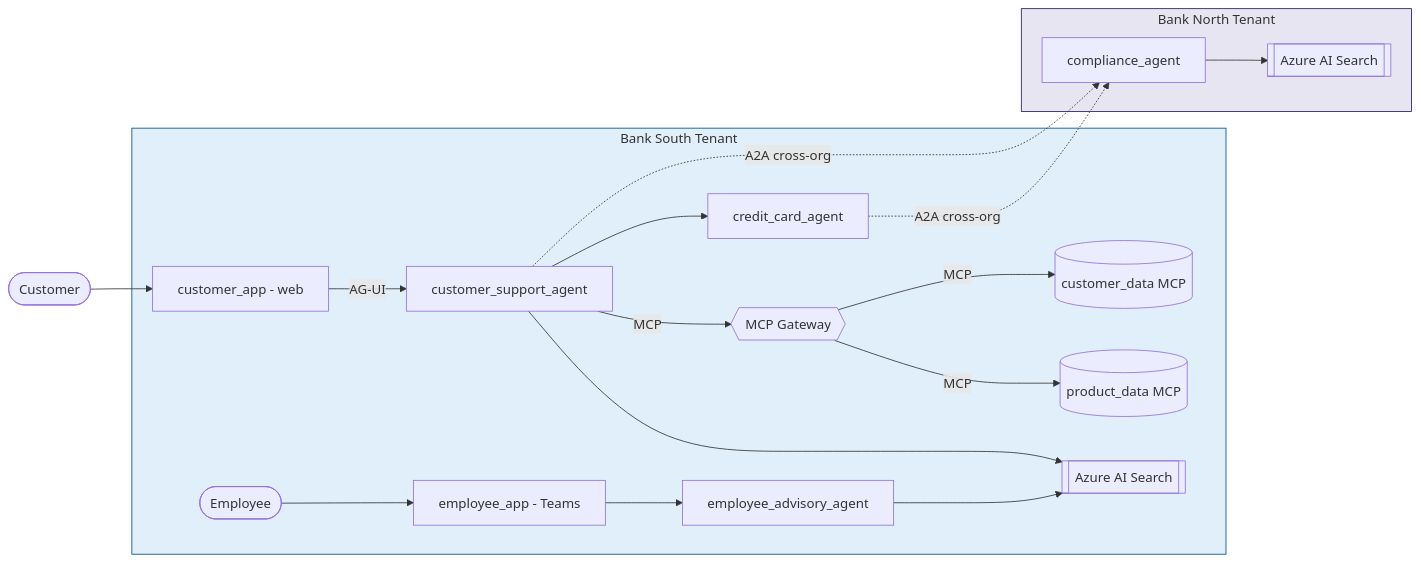
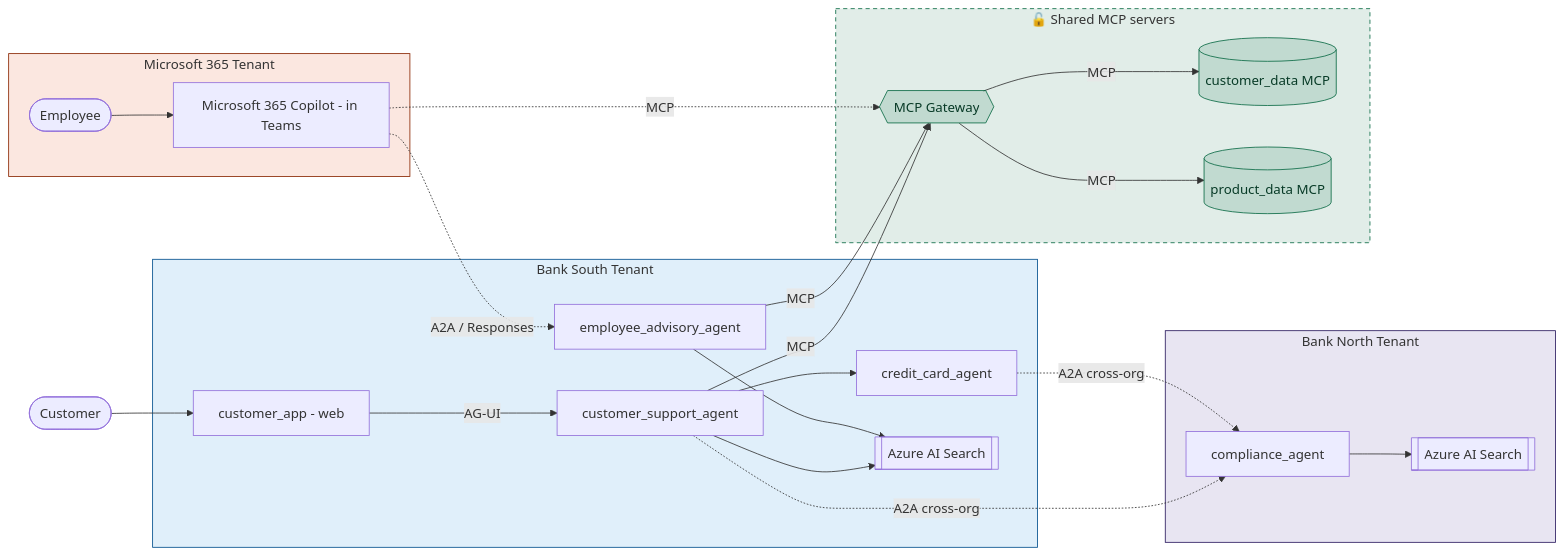
The diagram in README.md (denniszielke/agentic-banking-ecosystem), drawn with Mermaid before and after one commit. The commit also changed other lines of this file, not shown here.

Commit message:
docs(readme): combine at-a-glance diagram - keep MCP Gateway + per-tenant Search, add M365 Copilot tenant and shared MCP
Merges the two versions of the "Architecture at a glance" diagram into one:

Kept from the current diagram:
- MCP Gateway in front of the customer/product MCP servers
- AG-UI label on customer_app -> customer_support_agent
- a dedicated Azure AI Search per bank tenant

Added back:
- a third Microsoft 365 tenant with Microsoft 365 Copilot (in Teams) as the
  employee surface, reaching employee_advisory_agent over A2A/Responses
- the MCP servers shown as a shared layer (with the gateway) that M365 Copilot
  can also consume - "open to any MCP client"

Intro text updated to match (three tenants incl. Microsoft 365, shared MCP).

````diff
--- a/README.md
+++ b/README.md
@@ -31,29 +33,47 @@
 ```mermaid
 flowchart LR
     U([Customer]) --> WEB[customer_app - web]
 
+    subgraph M365["Microsoft 365 Tenant"]
+        E([Employee]) --> COP[Microsoft 365 Copilot - in Teams]
+    end
+
     subgraph South["Bank South Tenant"]
-        E([Employee]) --> TEAMS[employee_app - Teams]
         WEB -->|AG-UI| CSA[customer_support_agent]
-        TEAMS --> EAA[employee_advisory_agent]
         CSA --> CCA[credit_card_agent]
-        CSA -->|MCP| GW{{MCP Gateway}}
-        GW -->|MCP| CDATA[(customer_data MCP)]
-        GW -->|MCP| PDATA[(product_data MCP)]
+        EAA[employee_advisory_agent]
         SEARCH_S[[Azure AI Search]]
     end
 
     subgraph North["Bank North Tenant"]
         COMP[compliance_agent]
         SEARCH_N[[Azure AI Search]]
     end
 
+    subgraph SHARED["🔓 Shared MCP servers"]
+        GW{{MCP Gateway}}
+        CDATA[(customer_data MCP)]
+        PDATA[(product_data MCP)]
+    end
+
+    COP -. A2A / Responses .-> EAA
+    COP -. MCP .-> GW
+    CSA -->|MCP| GW
+    EAA -->|MCP| GW
+    GW -->|MCP| CDATA
+    GW -->|MCP| PDATA
+
     CSA -. A2A cross-org .-> COMP
     CCA -. A2A cross-org .-> COMP
     CSA --> SEARCH_S
     EAA --> SEARCH_S
     COMP --> SEARCH_N
 
+    style M365 fill:#D83B011F,stroke:#8a2600
     style South fill:#0078D41F,stroke:#004e8c
     style North fill:#4129911F,stroke:#2a1a5e
+    style SHARED fill:#0b6b461F,stroke:#0b6b46,stroke-dasharray: 5 4
+    style CDATA fill:#0b6b4626,stroke:#0b6b46,color:#083b27
+    style PDATA fill:#0b6b4626,stroke:#0b6b46,color:#083b27
+    style GW fill:#0b6b4626,stroke:#0b6b46,color:#083b27
 ```
````
